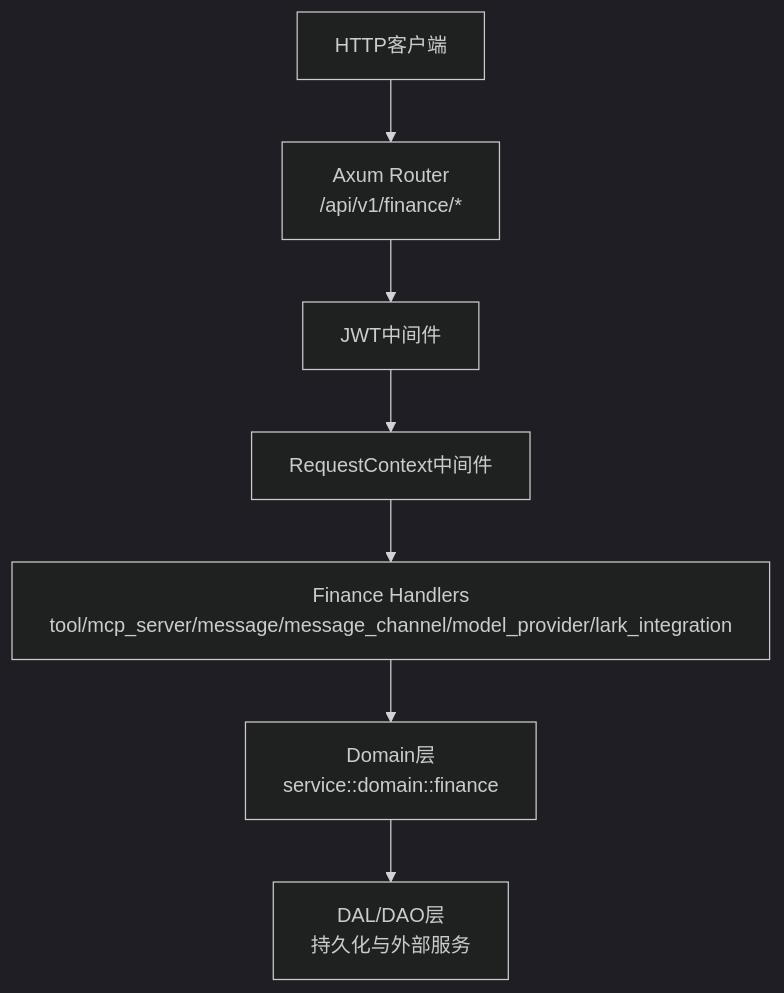
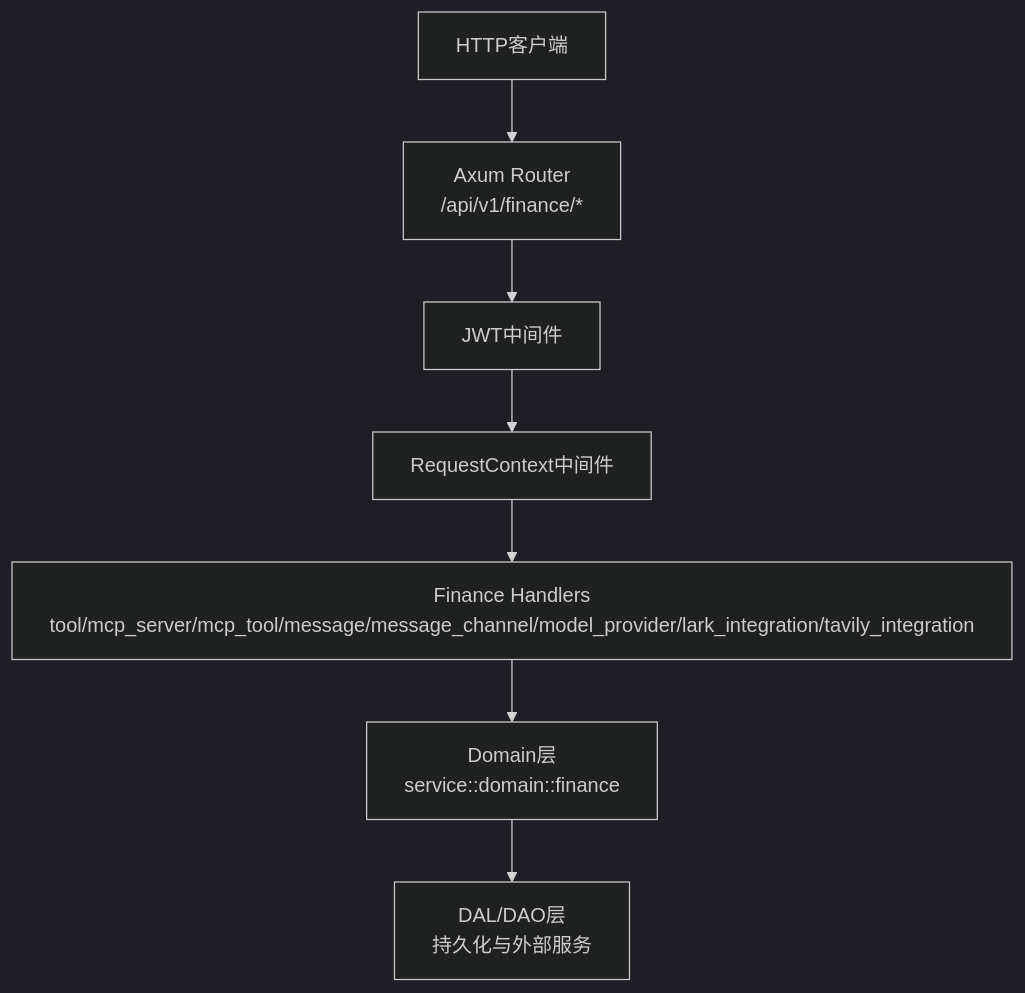
Before and after one commit to runningcoders/ai_orz: the first of 9 diagrams in docs/wiki/zh/content/核心模块/处理器层/Finance模块处理器/Finance模块处理器.md, drawn with Mermaid (dark theme). The commit also changed other lines of this file and 33 other files, not shown here.

````diff
--- a/docs/wiki/zh/content/核心模块/处理器层/Finance模块处理器/Finance模块处理器.md
+++ b/docs/wiki/zh/content/核心模块/处理器层/Finance模块处理器/Finance模块处理器.md
@@ -60,9 +90,9 @@
 ```mermaid
 graph TB
 A["HTTP客户端"] --> B["Axum Router<br/>/api/v1/finance/*"]
 B --> C["JWT中间件"]
 C --> D["RequestContext中间件"]
-D --> E["Finance Handlers<br/>tool/mcp_server/message/message_channel/model_provider/lark_integration"]
+D --> E["Finance Handlers<br/>tool/mcp_server/mcp_tool/message/message_channel/model_provider/lark_integration/tavily_integration"]
 E --> F["Domain层<br/>service::domain::finance"]
 F --> G["DAL/DAO层<br/>持久化与外部服务"]
 ```
````
